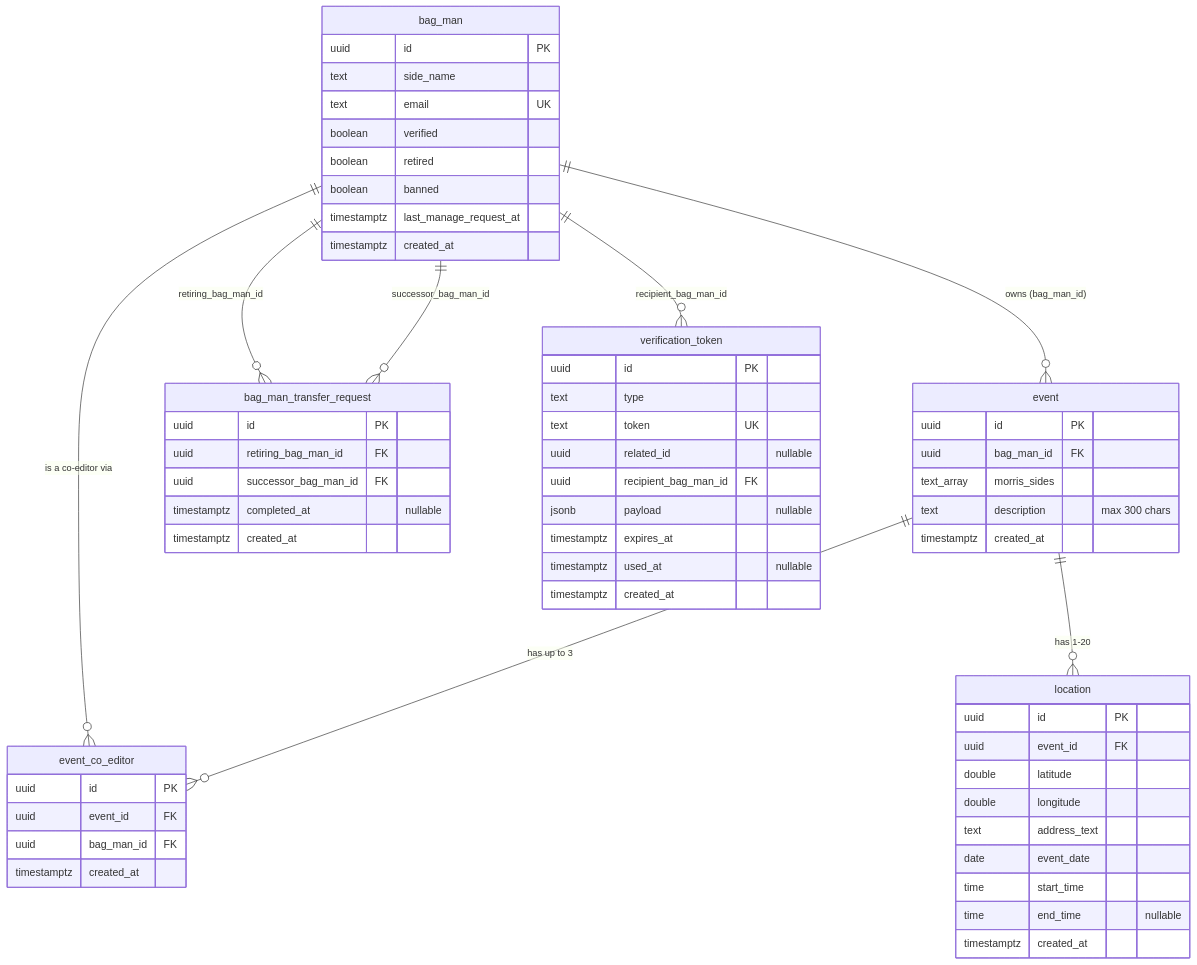
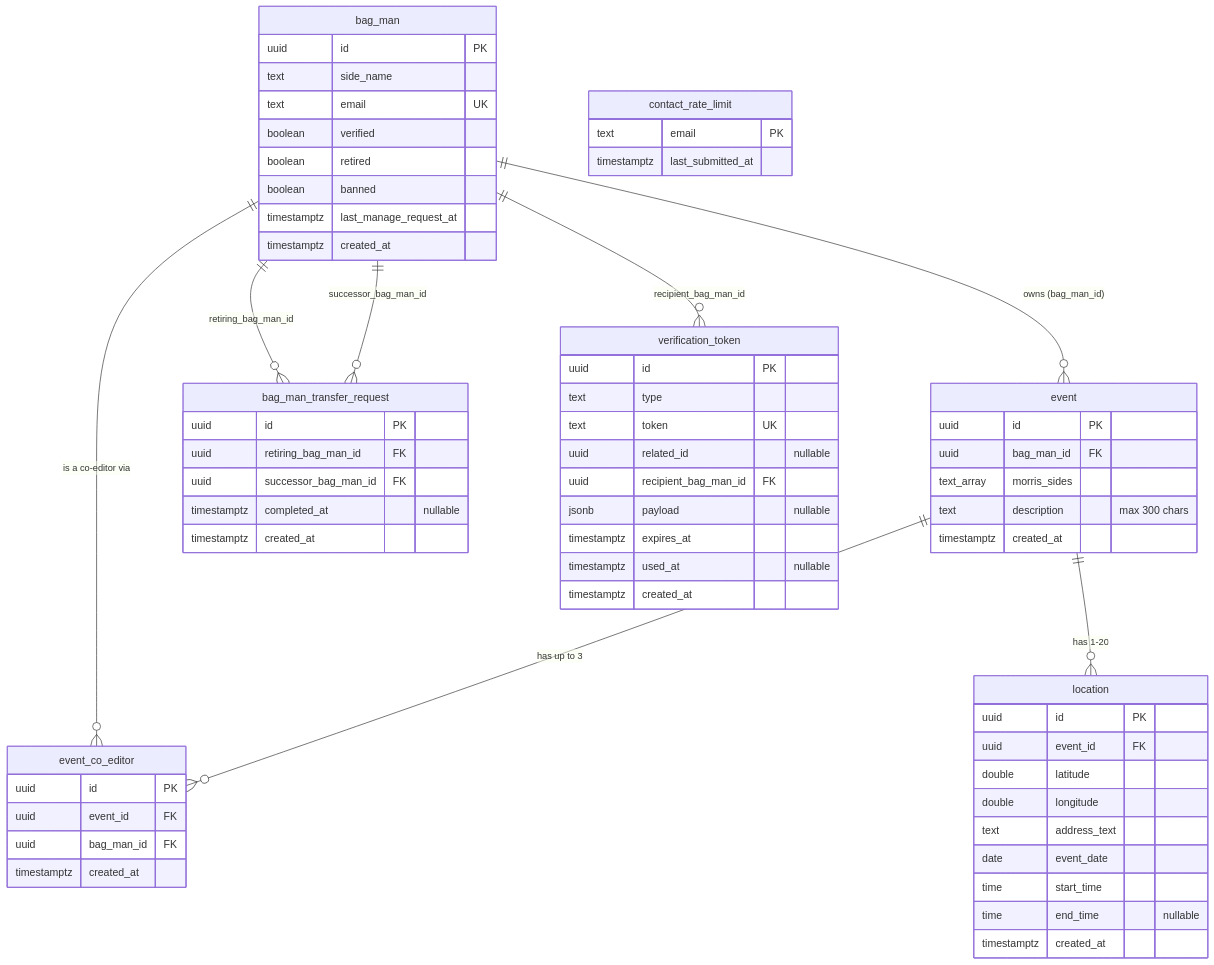
The second of 2 diagrams in docs/architecture/00-overview_v001.md (SusanSun17/WhereToSeeMorrisDancing), drawn with Mermaid before and after one commit. The commit also changed other lines of this file and 18 other files, not shown here.

````diff
--- a/docs/architecture/00-overview_v001.md
+++ b/docs/architecture/00-overview_v001.md
@@ -59,63 +62,67 @@
 ```mermaid
 erDiagram
     bag_man ||--o{ event : "owns (bag_man_id)"
     bag_man ||--o{ event_co_editor : "is a co-editor via"
     event ||--o{ event_co_editor : "has up to 3"
     event ||--o{ location : "has 1-20"
     bag_man ||--o{ bag_man_transfer_request : "retiring_bag_man_id"
     bag_man ||--o{ bag_man_transfer_request : "successor_bag_man_id"
     bag_man ||--o{ verification_token : "recipient_bag_man_id"
 
     bag_man {
         uuid id PK
         text side_name
         text email UK
         boolean verified
         boolean retired
         boolean banned
         timestamptz last_manage_request_at
         timestamptz created_at
     }
     verification_token {
         uuid id PK
         text type
         text token UK
         uuid related_id "nullable"
         uuid recipient_bag_man_id FK
         jsonb payload "nullable"
         timestamptz expires_at
         timestamptz used_at "nullable"
         timestamptz created_at
     }
     event {
         uuid id PK
         uuid bag_man_id FK
         text_array morris_sides
         text description "max 300 chars"
         timestamptz created_at
     }
     event_co_editor {
         uuid id PK
         uuid event_id FK
         uuid bag_man_id FK
         timestamptz created_at
     }
     location {
         uuid id PK
         uuid event_id FK
         double latitude
         double longitude
         text address_text
         date event_date
         time start_time
         time end_time "nullable"
         timestamptz created_at
     }
     bag_man_transfer_request {
         uuid id PK
         uuid retiring_bag_man_id FK
         uuid successor_bag_man_id FK
         timestamptz completed_at "nullable"
         timestamptz created_at
     }
+    contact_rate_limit {
+        text email PK
+        timestamptz last_submitted_at
+    }
 ```
````
